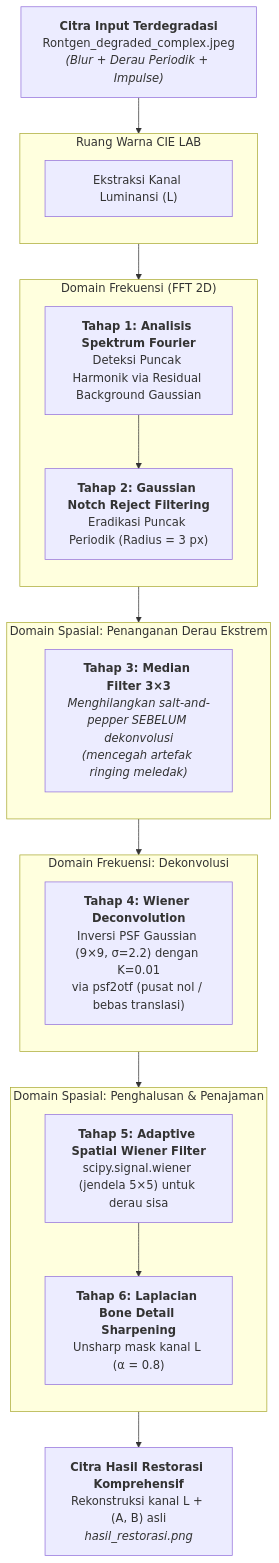
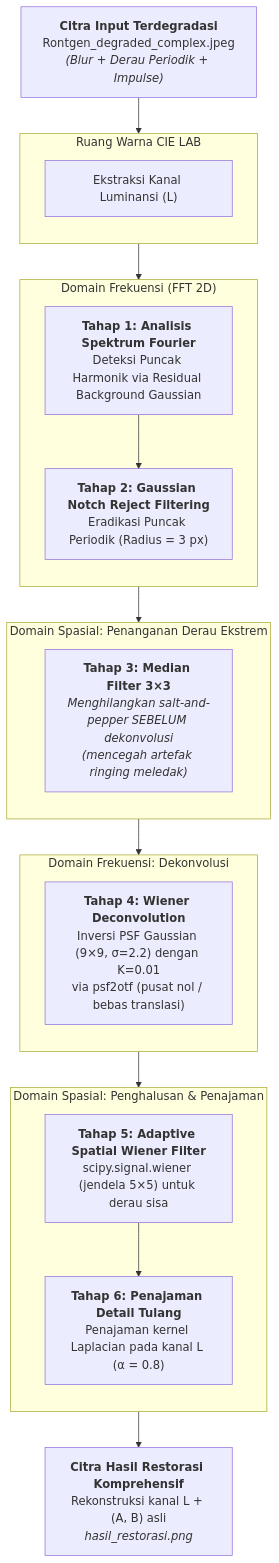
Before and after one commit to Aruh1/aruh1.dev: the diagram in src/content/blog/restorasi-rontgen-degradasi-kompleks/index.md, drawn with Mermaid. The commit also changed other lines of this file, not shown here.

Commit message:
docs(blog): refine metrics rounding, laplacian terminology, and evaluation claims

````diff
--- a/src/content/blog/restorasi-rontgen-degradasi-kompleks/index.md
+++ b/src/content/blog/restorasi-rontgen-degradasi-kompleks/index.md
@@ -52,42 +52,42 @@
 ```mermaid
 flowchart TD
     IN["<b>Citra Input Terdegradasi</b><br/>Rontgen_degraded_complex.jpeg<br/><i>(Blur + Derau Periodik + Impulse)</i>"]
 
     subgraph PRE ["Ruang Warna CIE LAB"]
         direction TB
         L_CH["Ekstraksi Kanal Luminansi (L)"]
     end
 
     subgraph T1T2 ["Domain Frekuensi (FFT 2D)"]
         direction TB
         T1["<b>Tahap 1: Analisis Spektrum Fourier</b><br/>Deteksi Puncak Harmonik via Residual Background Gaussian"]
         T2["<b>Tahap 2: Gaussian Notch Reject Filtering</b><br/>Eradikasi Puncak Periodik (Radius = 3 px)"]
         T1 --> T2
     end
 
     subgraph T3 ["Domain Spasial: Penanganan Derau Ekstrem"]
         direction TB
         T3_MED["<b>Tahap 3: Median Filter 3×3</b><br/><i>Menghilangkan salt-and-pepper SEBELUM dekonvolusi<br/>(mencegah artefak ringing meledak)</i>"]
     end
 
     subgraph T4 ["Domain Frekuensi: Dekonvolusi"]
         direction TB
         T4_WN["<b>Tahap 4: Wiener Deconvolution</b><br/>Inversi PSF Gaussian (9×9, σ=2.2) dengan K=0.01<br/>via psf2otf (pusat nol / bebas translasi)"]
     end
 
     subgraph T5T6 ["Domain Spasial: Penghalusan & Penajaman"]
         direction TB
         T5["<b>Tahap 5: Adaptive Spatial Wiener Filter</b><br/>scipy.signal.wiener (jendela 5×5) untuk derau sisa"]
-        T6["<b>Tahap 6: Laplacian Bone Detail Sharpening</b><br/>Unsharp mask kanal L (α = 0.8)"]
+        T6["<b>Tahap 6: Penajaman Detail Tulang</b><br/>Penajaman kernel Laplacian pada kanal L (α = 0.8)"]
         T5 --> T6
     end
 
     OUT["<b>Citra Hasil Restorasi Komprehensif</b><br/>Rekonstruksi kanal L + (A, B) asli<br/><i>hasil_restorasi.png</i>"]
 
     IN --> L_CH
     L_CH --> T1
     T2 --> T3_MED
     T3_MED --> T4_WN
     T4_WN --> T5
     T6 --> OUT
 ```
````
